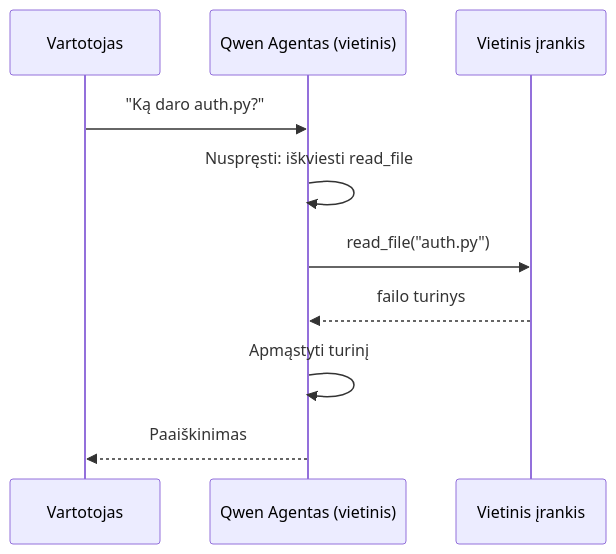
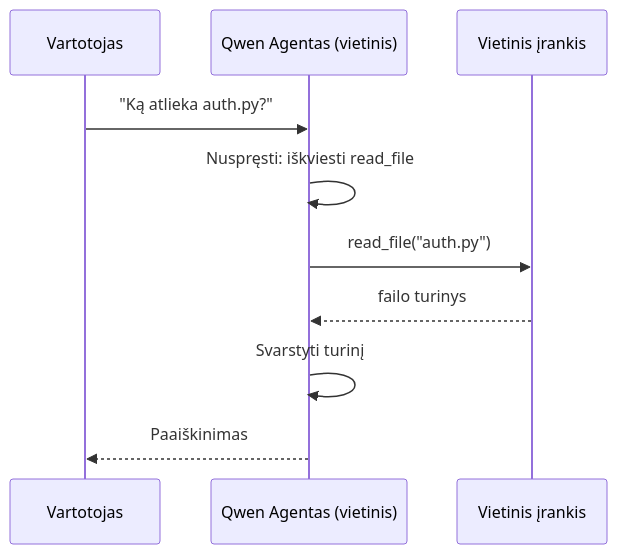
The second of 4 diagrams in mirrors/repos/microsoft@ai-agents-for-beginners/translations/lt/17-creating-local-ai-agents/README.md (gabrielmoreira/agent-skills-mirror), drawn with Mermaid before and after one commit. The commit also changed other lines of this file and 4262 other files, not shown here.

````diff
--- a/mirrors/repos/microsoft@ai-agents-for-beginners/translations/lt/17-creating-local-ai-agents/README.md
+++ b/mirrors/repos/microsoft@ai-agents-for-beginners/translations/lt/17-creating-local-ai-agents/README.md
@@ -106,12 +106,12 @@
 ```mermaid
 sequenceDiagram
     participant U as Vartotojas
     participant A as Qwen Agentas (vietinis)
     participant T as Vietinis įrankis
-    U->>A: "Ką daro auth.py?"
+    U->>A: "Ką atlieka auth.py?"
     A->>A: Nuspręsti: iškviesti read_file
     A->>T: read_file("auth.py")
     T-->>A: failo turinys
-    A->>A: Apmąstyti turinį
+    A->>A: Svarstyti turinį
     A-->>U: Paaiškinimas
 ```
````
